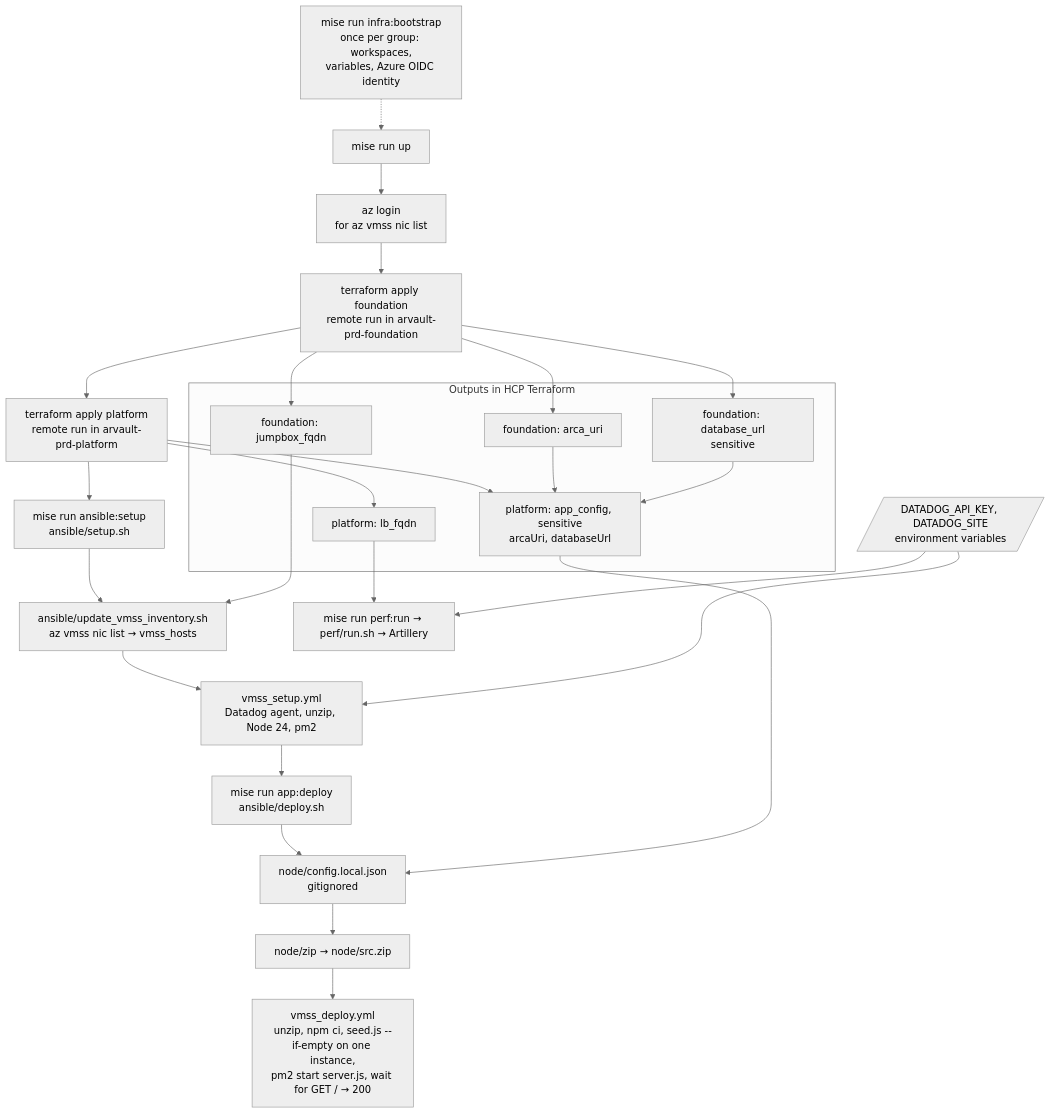
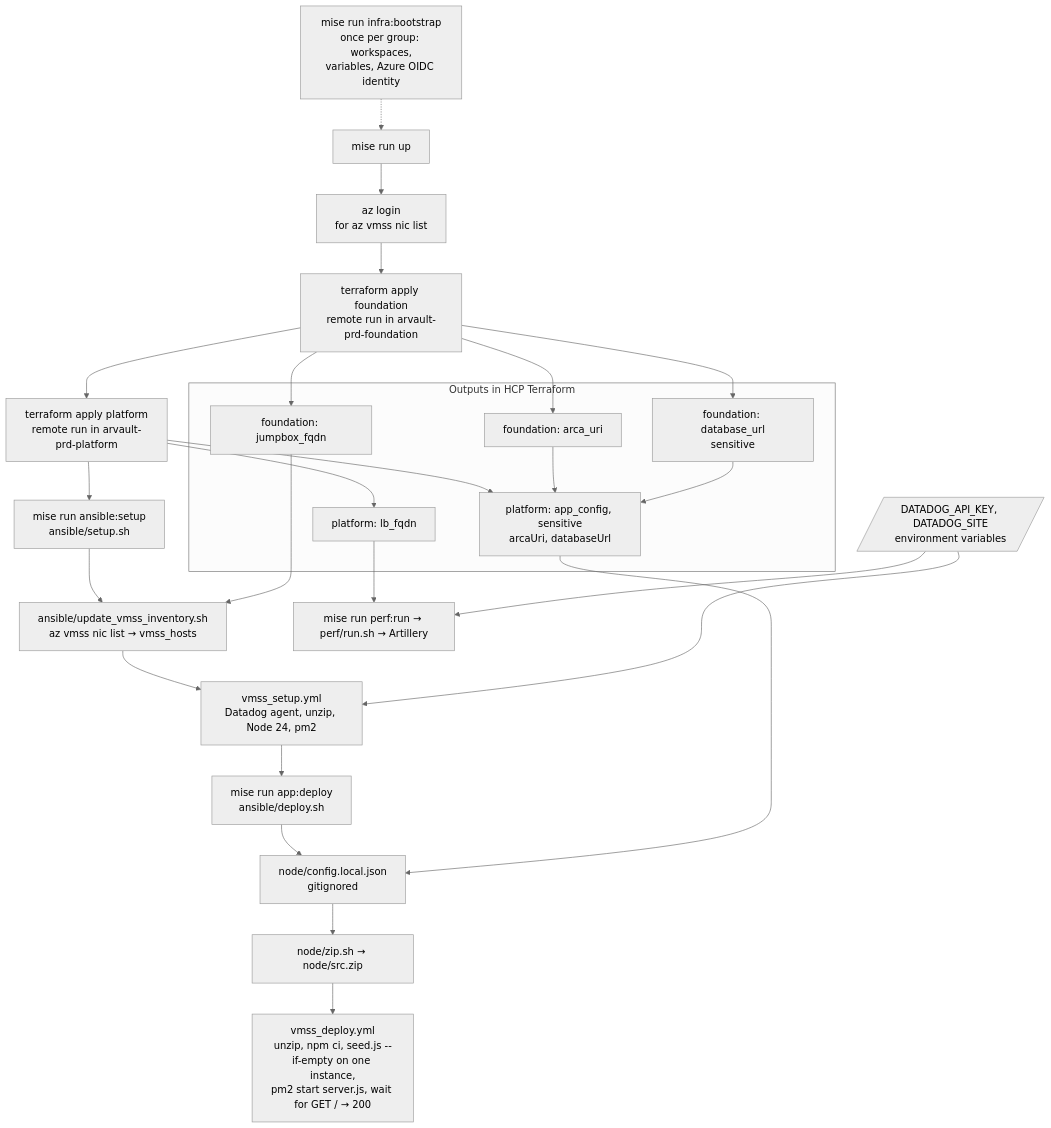
The third of 3 diagrams in docs/infra/overview.md (tcorzo/fiuba-2026C2-arq-tp2), drawn with Mermaid (neutral theme) before and after one commit. The commit also changed 5 other files, not shown here.

````diff
--- a/docs/infra/overview.md
+++ b/docs/infra/overview.md
@@ -172,42 +172,42 @@
 ```mermaid
 flowchart TD
     boot[mise run infra:bootstrap<br/>once per group: workspaces,<br/>variables, Azure OIDC identity]
     start[mise run up]
     login[az login<br/>for az vmss nic list]
     applyf[terraform apply foundation<br/>remote run in arvault-prd-foundation]
     apply[terraform apply platform<br/>remote run in arvault-prd-platform]
 
     boot -.-> start
     start --> login --> applyf --> apply
 
     subgraph outputs["Outputs in HCP Terraform"]
         jb[foundation: jumpbox_fqdn]
         arca[foundation: arca_uri]
         dburl[foundation: database_url<br/>sensitive]
         lbo[platform: lb_fqdn]
         appcfg[platform: app_config, sensitive<br/>arcaUri, databaseUrl]
     end
 
     applyf --> jb & arca & dburl
     apply --> lbo & appcfg
     arca & dburl --> appcfg
 
     setup[mise run ansible:setup<br/>ansible/setup.sh]
     inv[ansible/update_vmss_inventory.sh<br/>az vmss nic list → vmss_hosts]
     pbsetup[vmss_setup.yml<br/>Datadog agent, unzip, Node 24, pm2]
     ddkey[/DATADOG_API_KEY, DATADOG_SITE<br/>environment variables/]
     deploy[mise run app:deploy<br/>ansible/deploy.sh]
     cfg[node/config.local.json<br/>gitignored]
-    zip[node/zip → node/src.zip]
+    zip[node/zip.sh → node/src.zip]
     pbdeploy[vmss_deploy.yml<br/>unzip, npm ci, seed.js --if-empty on one instance,<br/>pm2 start server.js, wait for GET / → 200]
 
     apply --> setup --> inv --> pbsetup
     jb --> inv
     ddkey --> pbsetup
     pbsetup --> deploy --> cfg --> zip --> pbdeploy
     appcfg --> cfg
 
     perf[mise run perf:run → perf/run.sh → Artillery]
     lbo --> perf
     ddkey --> perf
 ```
````
